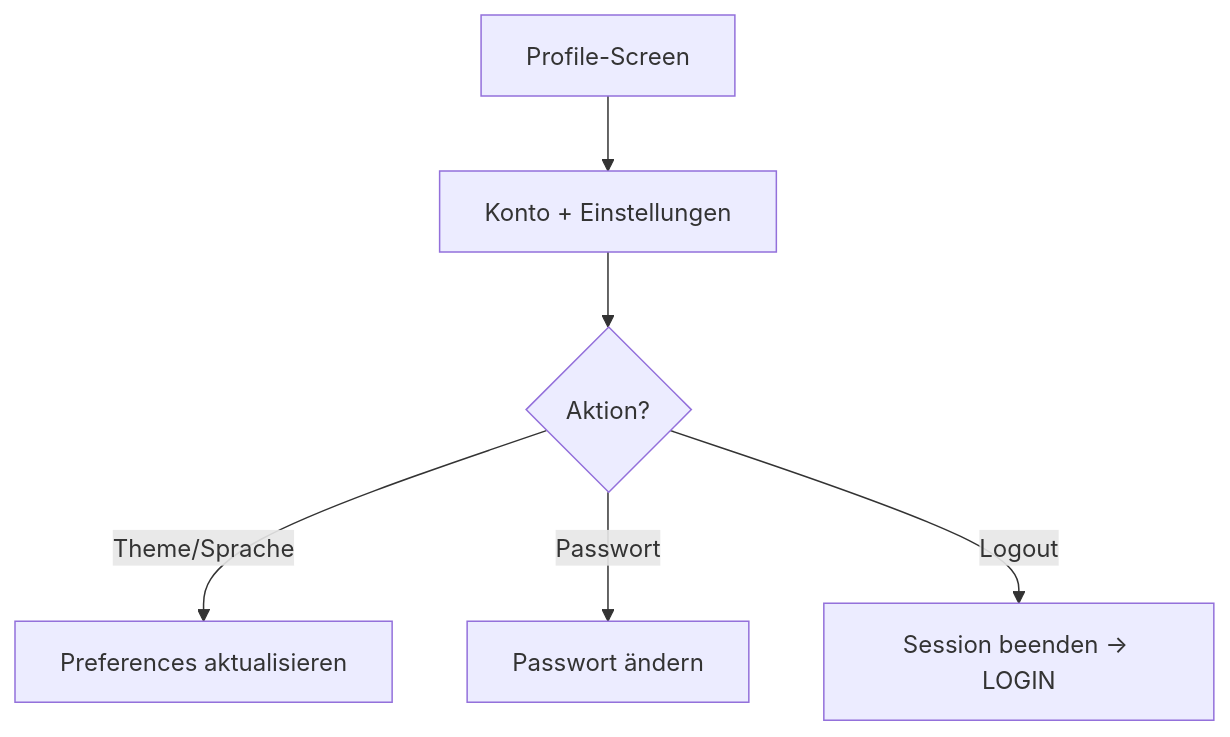
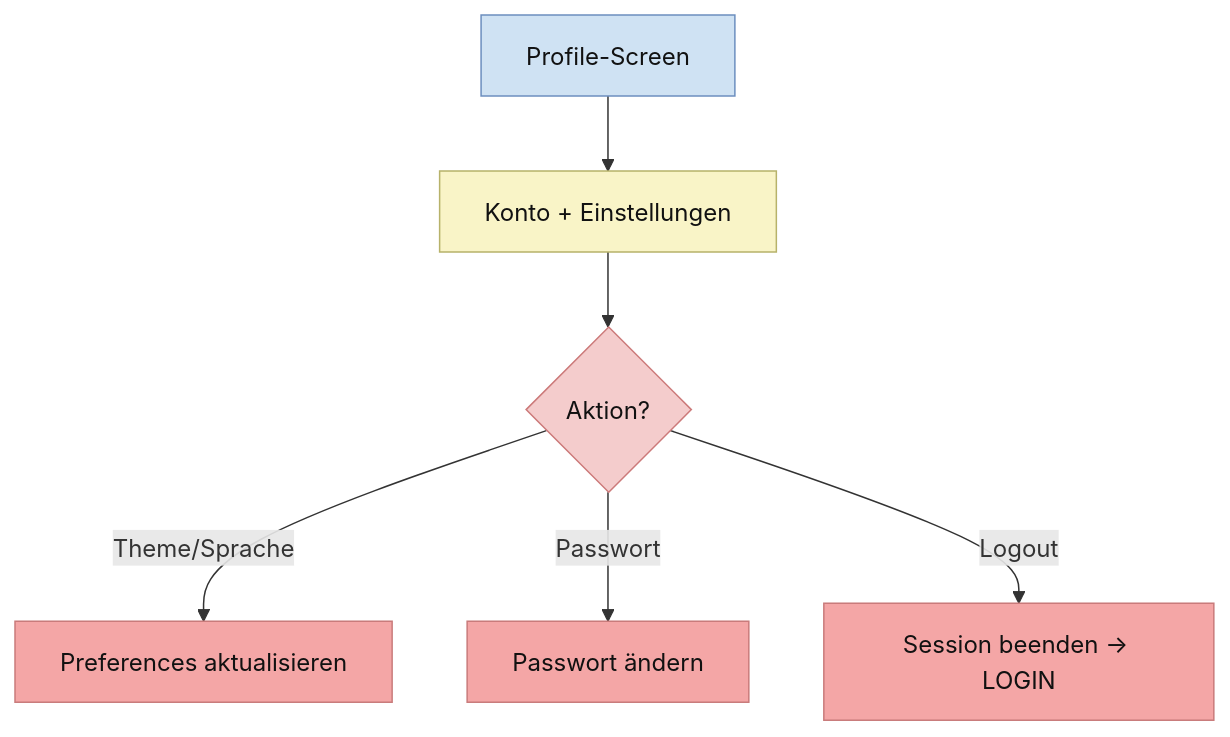
Diagram 17 of 23 in ABLAUFDIAGRAMM.md (Nejy190501/WGManager), drawn with Mermaid before and after one commit. The commit also changed other lines of this file, not shown here.

````diff
--- a/ABLAUFDIAGRAMM.md
+++ b/ABLAUFDIAGRAMM.md
@@ -448,8 +668,21 @@
 ```mermaid
 flowchart TD
     A["Profile-Screen"] --> B["Konto + Einstellungen"]
     B --> C{"Aktion?"}
     C -->|Theme/Sprache| D["Preferences aktualisieren"]
     C -->|Passwort| E["Passwort ändern"]
     C -->|Logout| F["Session beenden -> LOGIN"]
+
+    classDef userAction fill:#ead1f2,stroke:#8e7cc3,color:#111;
+    classDef systemAction fill:#f9f4c7,stroke:#b7b26a,color:#111;
+    classDef userDecision fill:#f4cccc,stroke:#cc7a7a,color:#111;
+    classDef systemDecision fill:#fff2b2,stroke:#c9b458,color:#111;
+    classDef button fill:#f4a6a6,stroke:#c97b7b,color:#111;
+    classDef userInput fill:#f8d7da,stroke:#d49aa2,color:#111;
+    classDef screen fill:#cfe2f3,stroke:#6c8ebf,color:#111;
+
+    class B systemAction;
+    class C userDecision;
+    class D,E,F button;
+    class A screen;
 ```
````
